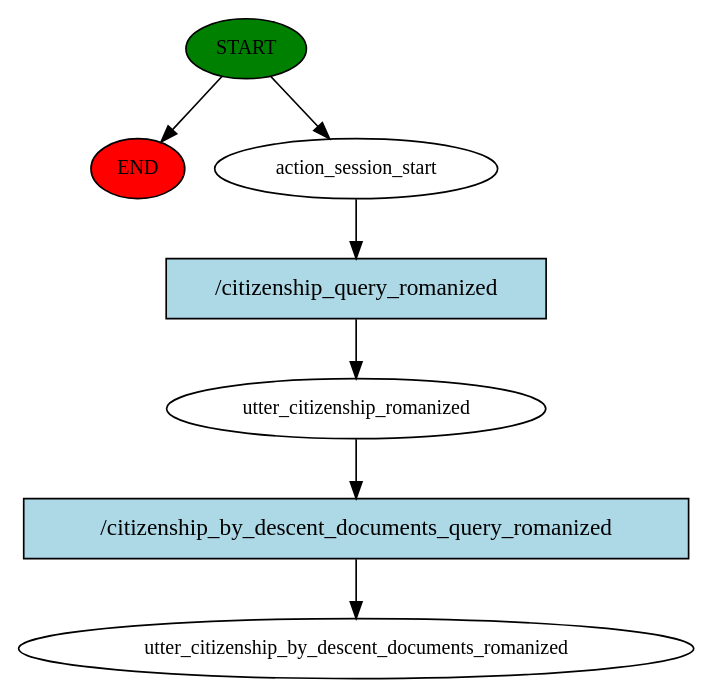
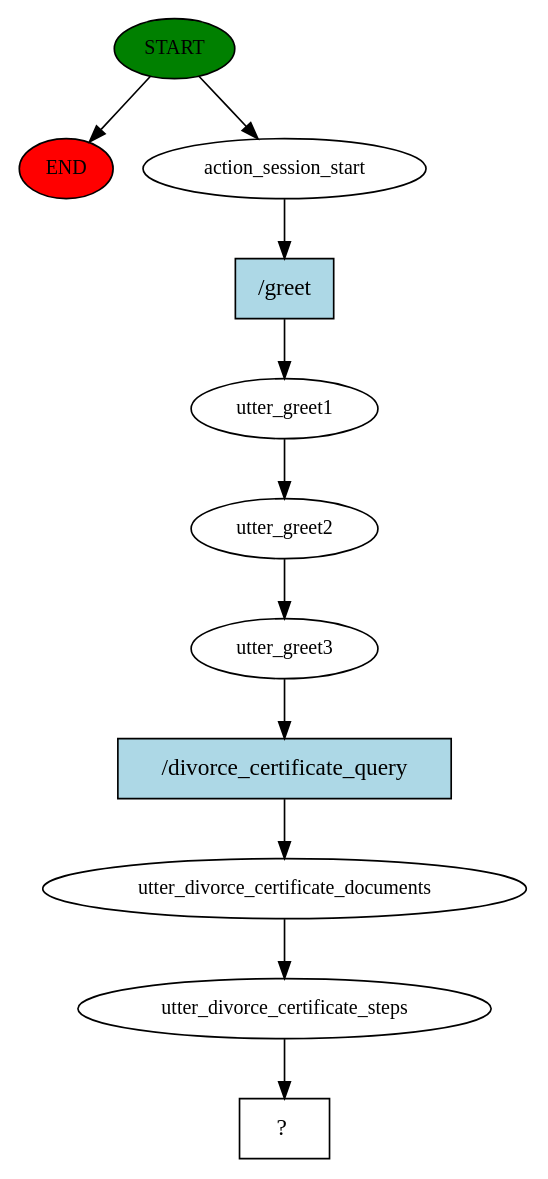
One commit to PiyushLuitel-07/Samadhan-A-Local-Government-Service-QueryBot changed the diagram in story_graph.dot. Above: the diagram before and after it, drawn with Graphviz. The commit also changed 16 other files, not shown here.

```diff
--- a/story_graph.dot
+++ b/story_graph.dot
@@ -1,15 +1,23 @@
 digraph  {
 0 [class="start active", fillcolor=green, fontsize=12, label=START, style=filled];
 "-1" [class=end, fillcolor=red, fontsize=12, label=END, style=filled];
 1 [class=active, fontsize=12, label=action_session_start];
-2 [class=active, fontsize=12, label=utter_citizenship_romanized];
-3 [class="dashed active", fontsize=12, label=utter_citizenship_by_descent_documents_romanized];
-4 [class="intent active", fillcolor=lightblue, label="/citizenship_query_romanized", shape=rect, style=filled];
-5 [class="intent active", fillcolor=lightblue, label="/citizenship_by_descent_documents_query_romanized", shape=rect, style=filled];
+2 [class=active, fontsize=12, label=utter_greet1];
+3 [class=active, fontsize=12, label=utter_greet2];
+4 [class=active, fontsize=12, label=utter_greet3];
+5 [class=active, fontsize=12, label=utter_divorce_certificate_documents];
+6 [class=active, fontsize=12, label=utter_divorce_certificate_steps];
+7 [class="intent dashed active", label="  ?  ", shape=rect];
+8 [class="intent active", fillcolor=lightblue, label="/greet", shape=rect, style=filled];
+9 [class="intent active", fillcolor=lightblue, label="/divorce_certificate_query", shape=rect, style=filled];
 0 -> "-1"  [class="", key=NONE, label=""];
 0 -> 1  [class=active, key=NONE, label=""];
-1 -> 4  [class=active, key=0];
-2 -> 5  [class=active, key=0];
-4 -> 2  [class=active, key=0];
-5 -> 3  [class=active, key=0];
+1 -> 8  [class=active, key=0];
+2 -> 3  [class=active, key=NONE, label=""];
+3 -> 4  [class=active, key=NONE, label=""];
+4 -> 9  [class=active, key=0];
+5 -> 6  [class=active, key=NONE, label=""];
+6 -> 7  [class=active, key=NONE, label=""];
+8 -> 2  [class=active, key=0];
+9 -> 5  [class=active, key=0];
 }
```
